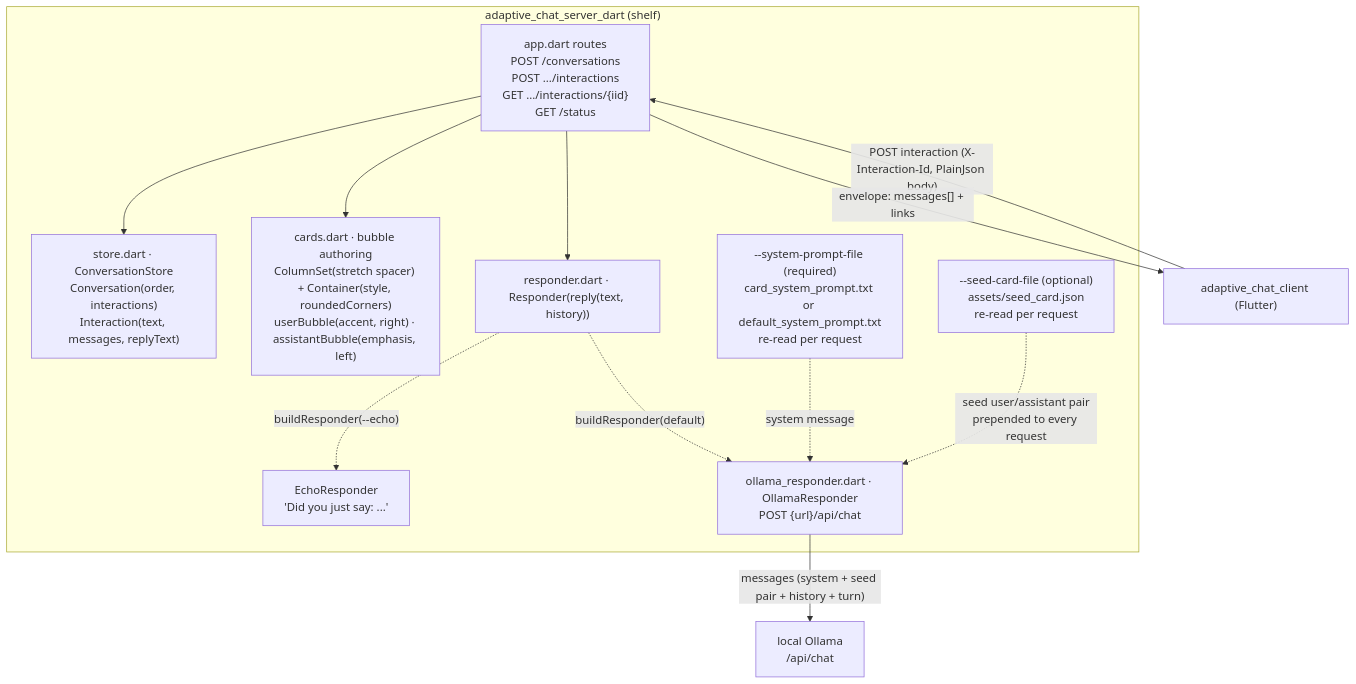
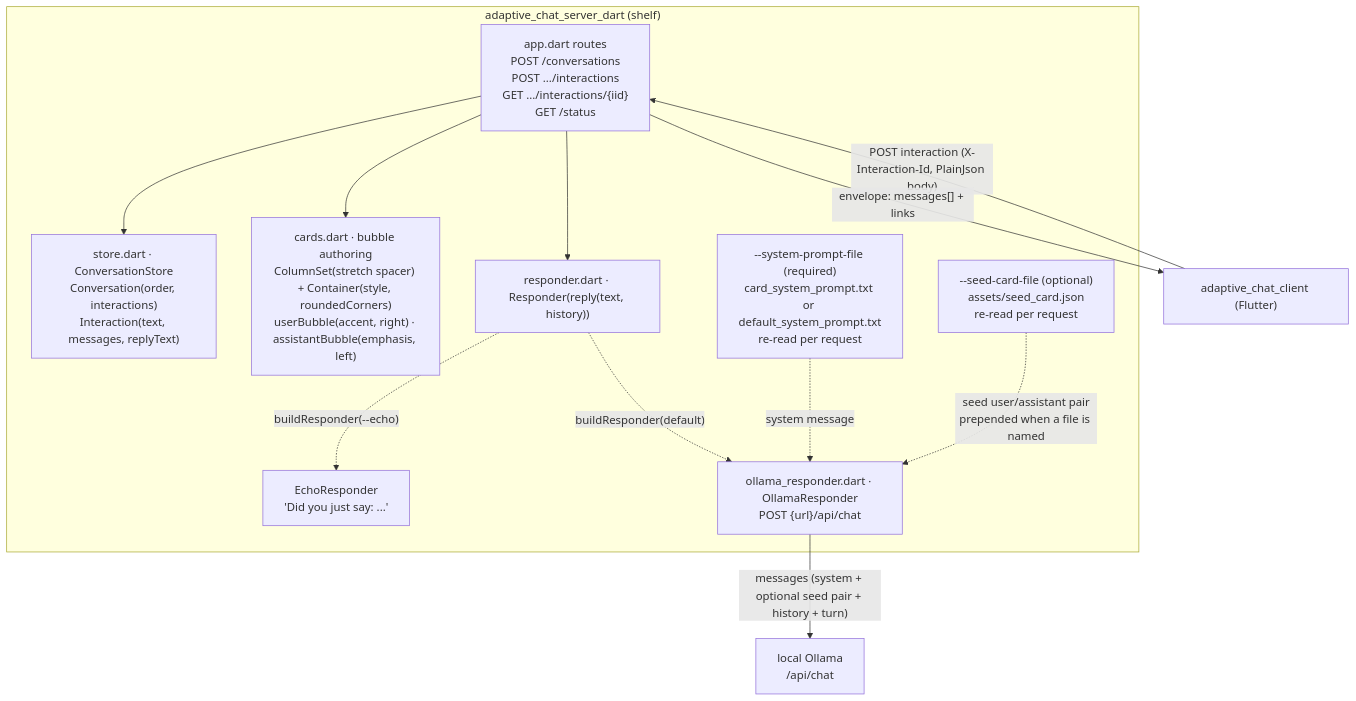
Before and after one commit to freemansoft/Flutter-AdaptiveCards: the first of 3 diagrams in adaptive_chat_server_dart/README.md, drawn with Mermaid. The commit also changed other lines of this file and 13 other files, not shown here.

````diff
--- a/adaptive_chat_server_dart/README.md
+++ b/adaptive_chat_server_dart/README.md
@@ -22,23 +22,23 @@
 ```mermaid
 flowchart TB
   subgraph server["adaptive_chat_server_dart (shelf)"]
     ROUTES["app.dart routes\nPOST /conversations\nPOST .../interactions\nGET .../interactions/{iid}\nGET /status"]
     STORE["store.dart · ConversationStore\nConversation(order, interactions)\nInteraction(text, messages, replyText)"]
     CARDS["cards.dart · bubble authoring\nColumnSet(stretch spacer) + Container(style, roundedCorners)\nuserBubble(accent, right) · assistantBubble(emphasis, left)"]
     RESP["responder.dart · Responder(reply(text, history))"]
     ECHO["EchoResponder\n'Did you just say: ...'"]
     OLLAMA["ollama_responder.dart · OllamaResponder\nPOST {url}/api/chat"]
     PROMPT["--system-prompt-file (required)\ncard_system_prompt.txt or default_system_prompt.txt\nre-read per request"]
     SEED["--seed-card-file (optional)\nassets/seed_card.json\nre-read per request"]
     ROUTES --> STORE
     ROUTES --> CARDS
     ROUTES --> RESP
     RESP -. buildResponder(--echo) .-> ECHO
     RESP -. buildResponder(default) .-> OLLAMA
     PROMPT -. system message .-> OLLAMA
-    SEED -. seed user/assistant pair<br/>prepended to every request .-> OLLAMA
+    SEED -. seed user/assistant pair<br/>prepended when a file is named .-> OLLAMA
   end
   CLIENT["adaptive_chat_client (Flutter)"] -->|"POST interaction (X-Interaction-Id, PlainJson body)"| ROUTES
   ROUTES -->|"envelope: messages[] + links"| CLIENT
-  OLLAMA -->|"messages (system + seed pair + history + turn)"| LLM["local Ollama\n/api/chat"]
+  OLLAMA -->|"messages (system + optional seed pair + history + turn)"| LLM["local Ollama\n/api/chat"]
 ```
````
